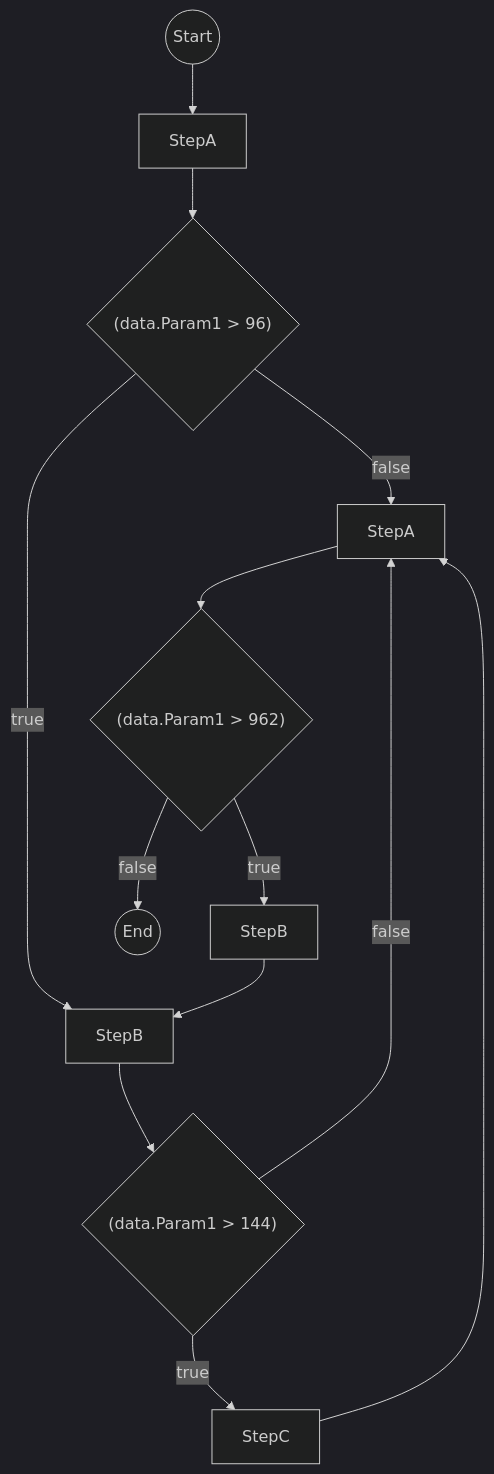
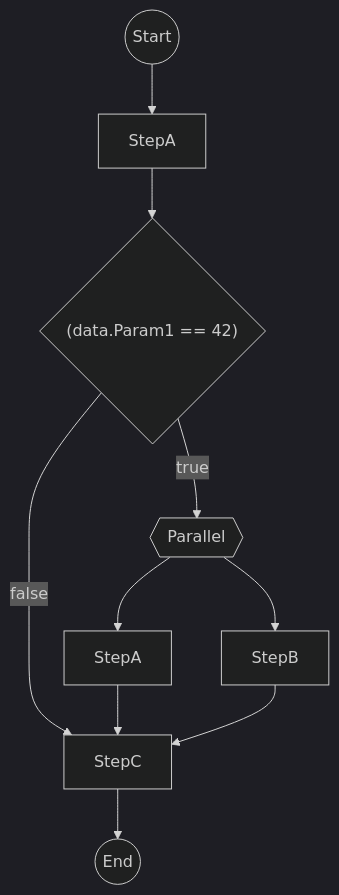
Before and after one commit to step-flow-platform/workflow-core-flowchart: the diagram in src/WorkflowCoreFlowchart.Tests/flowchart.md, drawn with Mermaid (dark theme). The commit also changed 10 other files, not shown here.

````diff
--- a/src/WorkflowCoreFlowchart.Tests/flowchart.md
+++ b/src/WorkflowCoreFlowchart.Tests/flowchart.md
@@ -1,26 +1,21 @@
 ```mermaid
 flowchart TB
 startNode((Start))
 0[StepA]
-1{"(data.Param1 > 96)"}
-2[StepB]
-3{"(data.Param1 > 144)"}
-4[StepC]
-5[StepA]
-6{"(data.Param1 > 962)"}
-7[StepB]
-8((End))
+1{"(data.Param1 == 42)"}
+3{{Parallel}}
+4[StepA]
+5[StepB]
+6[StepC]
+7((End))
 
 startNode --> 0
 0 --> 1
-1 -->|false| 5
-1 -->|true| 2
-2 --> 3
-3 -->|false| 5
-3 -->|true| 4
-4 --> 5
+1 -->|false| 6
+1 -->|true| 3
+3 --> 4
+3 --> 5
+4 --> 6
 5 --> 6
-6 -->|false| 8
-6 -->|true| 7
-7 --> 2
+6 --> 7
 ```
````
